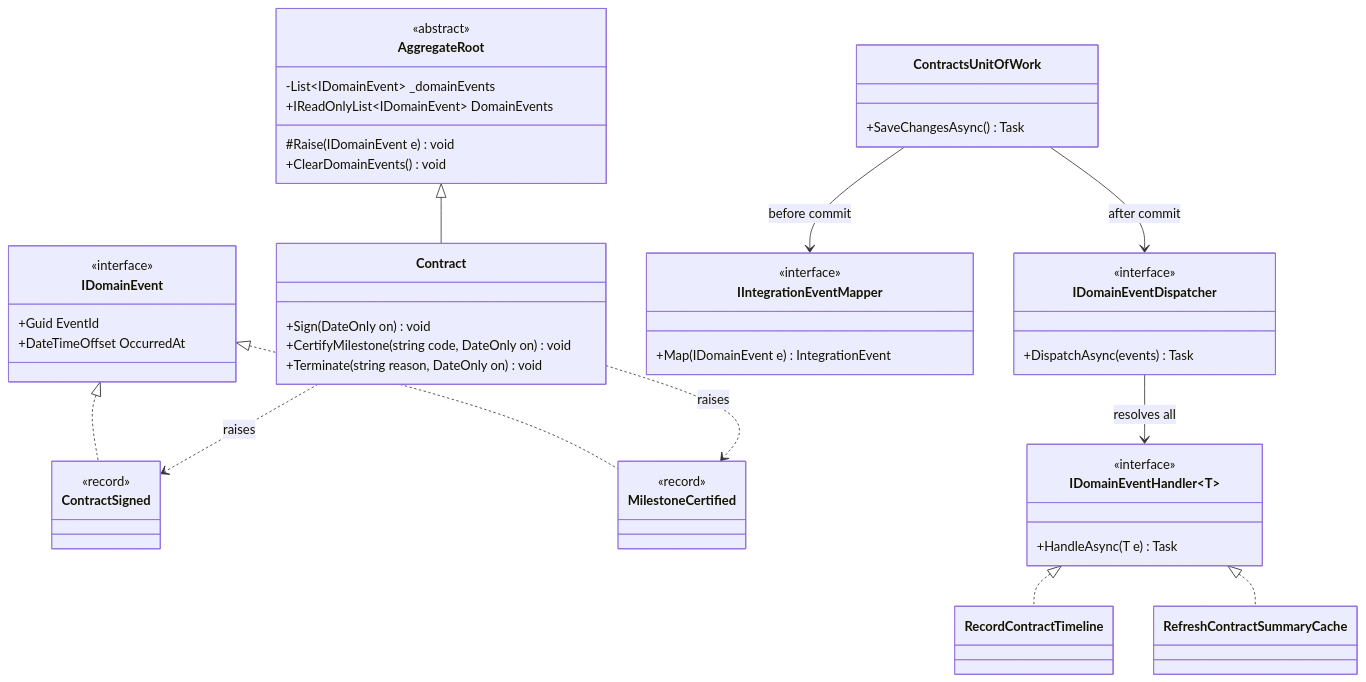
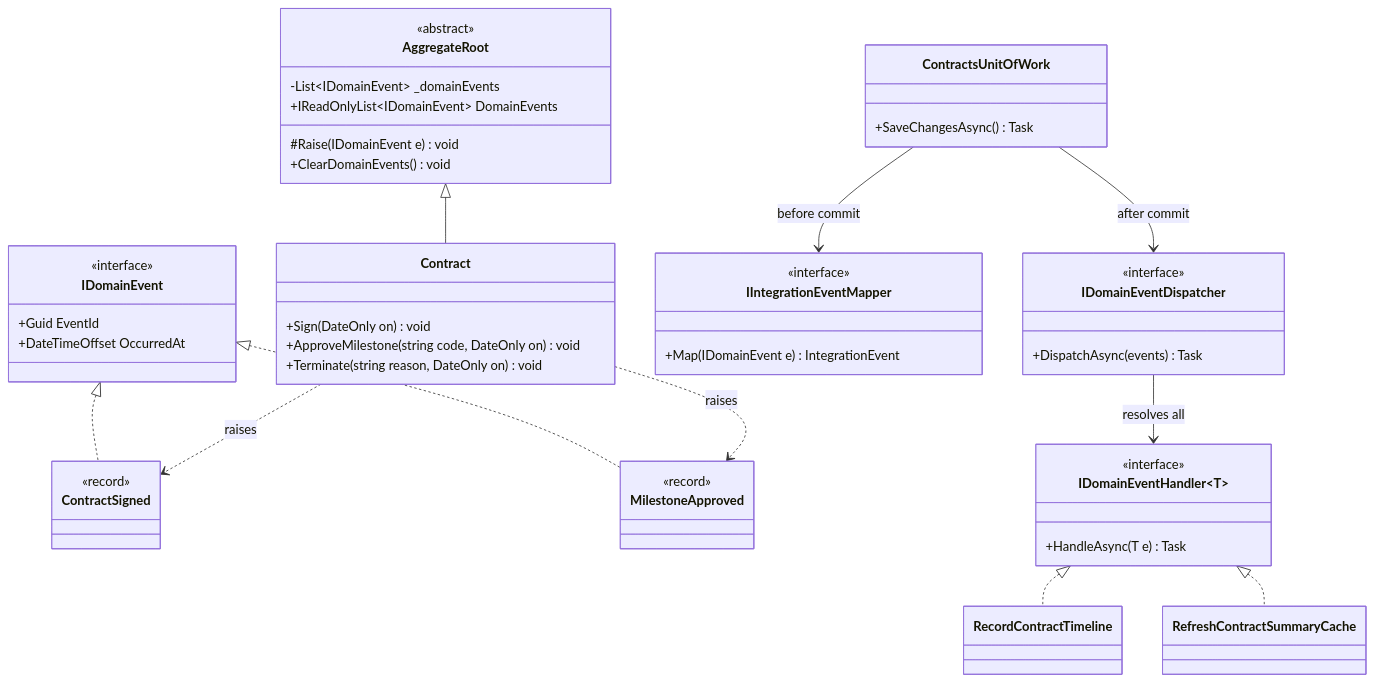
Before and after one commit to rizwi0786/system-design-lab: the first of 2 diagrams in content/lessons/m08/m08-domain-events.md, drawn with Mermaid. The commit also changed other lines of this file and 334 other files, not shown here.

````diff
--- a/content/lessons/m08/m08-domain-events.md
+++ b/content/lessons/m08/m08-domain-events.md
@@ -160,53 +160,53 @@
 ```mermaid
 classDiagram
     class IDomainEvent {
         <<interface>>
         +Guid EventId
         +DateTimeOffset OccurredAt
     }
     class AggregateRoot {
         <<abstract>>
         -List~IDomainEvent~ _domainEvents
         +IReadOnlyList~IDomainEvent~ DomainEvents
         #Raise(IDomainEvent e) void
         +ClearDomainEvents() void
     }
     class Contract {
         +Sign(DateOnly on) void
-        +CertifyMilestone(string code, DateOnly on) void
+        +ApproveMilestone(string code, DateOnly on) void
         +Terminate(string reason, DateOnly on) void
     }
     class ContractSigned {
         <<record>>
     }
-    class MilestoneCertified {
+    class MilestoneApproved {
         <<record>>
     }
     class ContractsUnitOfWork {
         +SaveChangesAsync() Task
     }
     class IIntegrationEventMapper {
         <<interface>>
         +Map(IDomainEvent e) IntegrationEvent
     }
     class IDomainEventDispatcher {
         <<interface>>
         +DispatchAsync(events) Task
     }
     class IDomainEventHandler~T~ {
         <<interface>>
         +HandleAsync(T e) Task
     }
     class RecordContractTimeline
     class RefreshContractSummaryCache
     AggregateRoot <|-- Contract
     IDomainEvent <|.. ContractSigned
-    IDomainEvent <|.. MilestoneCertified
+    IDomainEvent <|.. MilestoneApproved
     Contract ..> ContractSigned : raises
-    Contract ..> MilestoneCertified : raises
+    Contract ..> MilestoneApproved : raises
     ContractsUnitOfWork --> IIntegrationEventMapper : before commit
     ContractsUnitOfWork --> IDomainEventDispatcher : after commit
     IDomainEventDispatcher --> IDomainEventHandler~T~ : resolves all
     IDomainEventHandler~T~ <|.. RecordContractTimeline
     IDomainEventHandler~T~ <|.. RefreshContractSummaryCache
 ```
````
